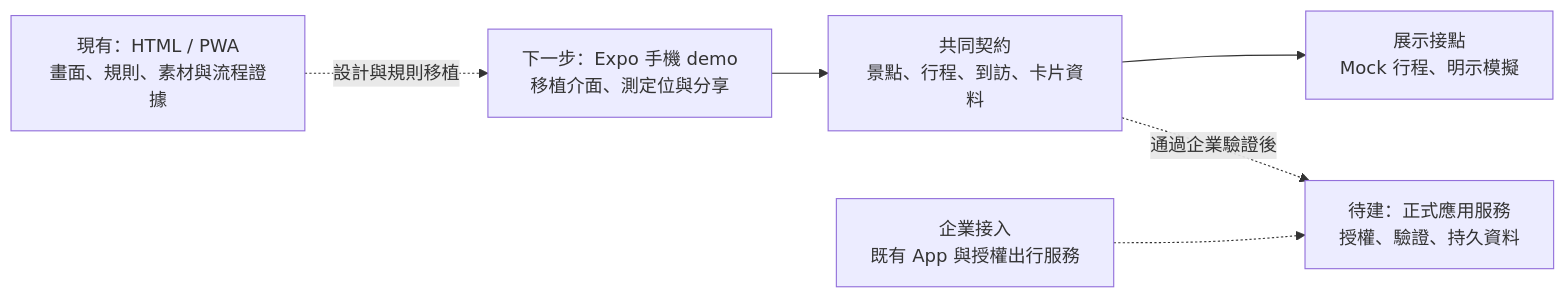
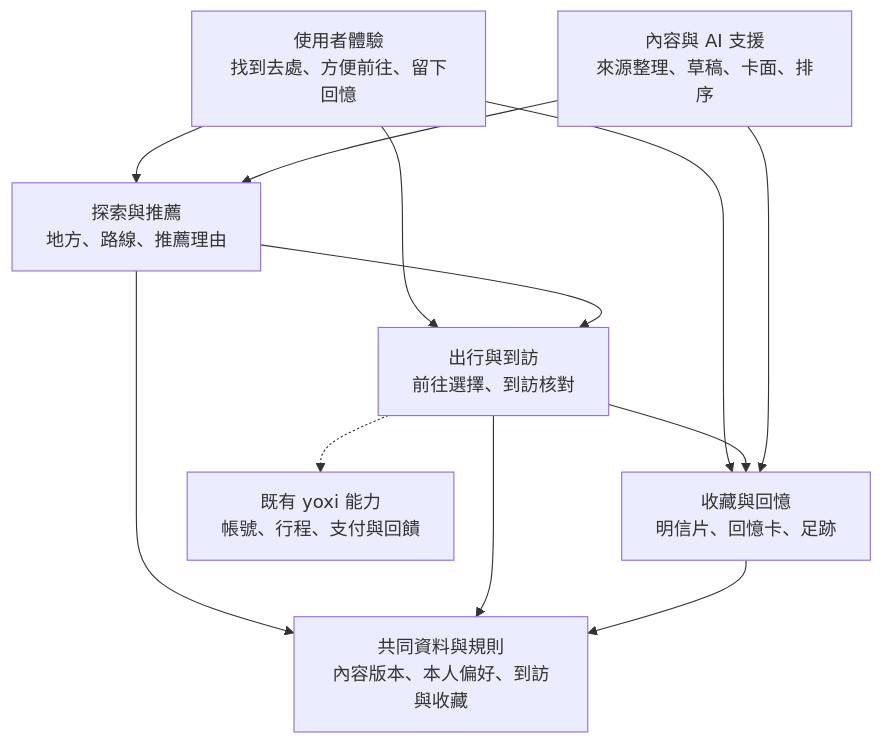
One commit to Ricky610329/Yoxi_app_design changed the second of 2 diagrams in pitch/writing/01-solution-architecture.md. Above: the diagram before and after it, drawn with Mermaid. The commit also changed other lines of this file and 22 other files, not shown here.

Commit message:
重寫遊喜樂方案與圖解，以探索出行收藏串起服務價值

````diff
--- a/pitch/writing/01-solution-architecture.md
+++ b/pitch/writing/01-solution-architecture.md
@@ -181,14 +47,21 @@
 ```mermaid
-flowchart LR
-  WEB["現有：HTML / PWA<br/>畫面、規則、素材與流程證據"]
-  EXPO["下一步：Expo 手機 demo<br/>移植介面、測定位與分享"]
-  CONTRACT["共同契約<br/>景點、行程、到訪、卡片資料"]
-  MOCK["展示接點<br/>Mock 行程、明示模擬"]
-  BACKEND["待建：正式應用服務<br/>授權、驗證、持久資料"]
-  YOXI["企業接入<br/>既有 App 與授權出行服務"]
-  WEB -. "設計與規則移植" .-> EXPO
-  EXPO --> CONTRACT
-  CONTRACT --> MOCK
-  CONTRACT -. "通過企業驗證後" .-> BACKEND
-  YOXI -.-> BACKEND
+flowchart TB
+  EXPERIENCE["使用者體驗<br/>找到去處、方便前往、留下回憶"]
+  EXPLORE["探索與推薦<br/>地方、路線、推薦理由"]
+  VISIT["出行與到訪<br/>前往選擇、到訪核對"]
+  ALBUM["收藏與回憶<br/>明信片、回憶卡、足跡"]
+  CONTENT["內容與 AI 支援<br/>來源整理、草稿、卡面、排序"]
+  DATA["共同資料與規則<br/>內容版本、本人偏好、到訪與收藏"]
+  YOXI["既有 yoxi 能力<br/>帳號、行程、支付與回饋"]
+  EXPERIENCE --> EXPLORE
+  EXPERIENCE --> VISIT
+  EXPERIENCE --> ALBUM
+  EXPLORE --> VISIT
+  VISIT --> ALBUM
+  CONTENT --> EXPLORE
+  CONTENT --> ALBUM
+  EXPLORE --> DATA
+  VISIT --> DATA
+  ALBUM --> DATA
+  VISIT -.-> YOXI
 ```
````
